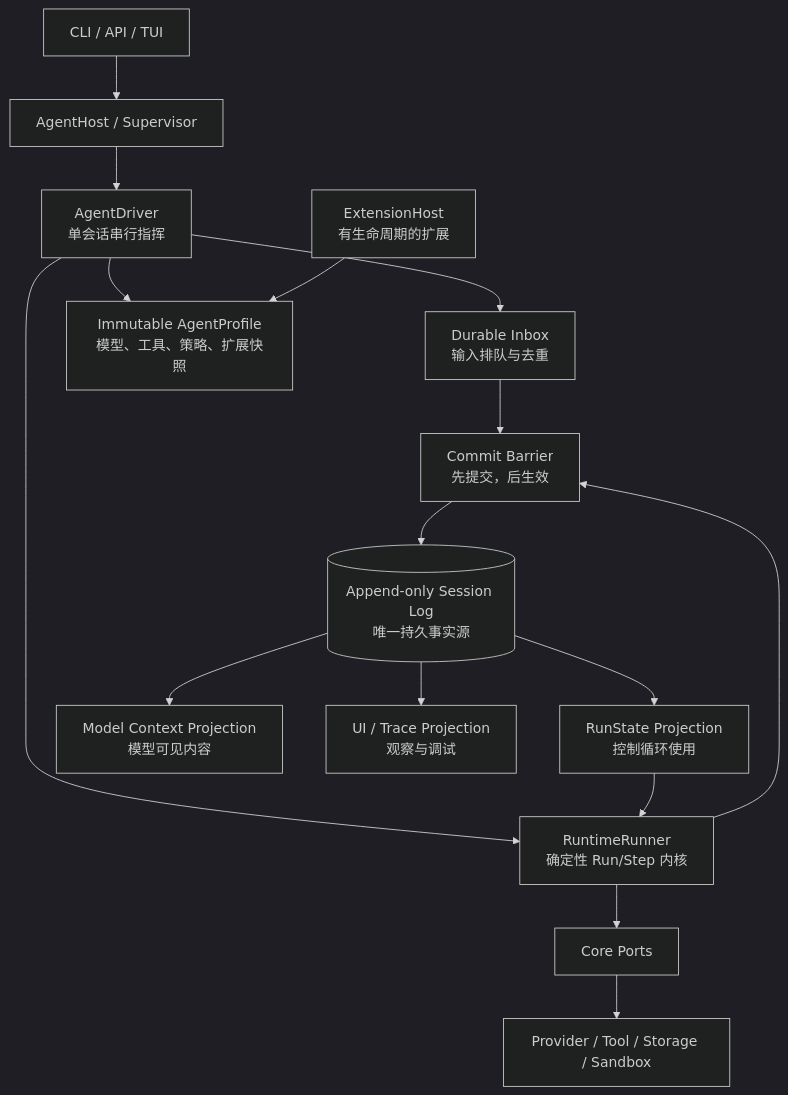
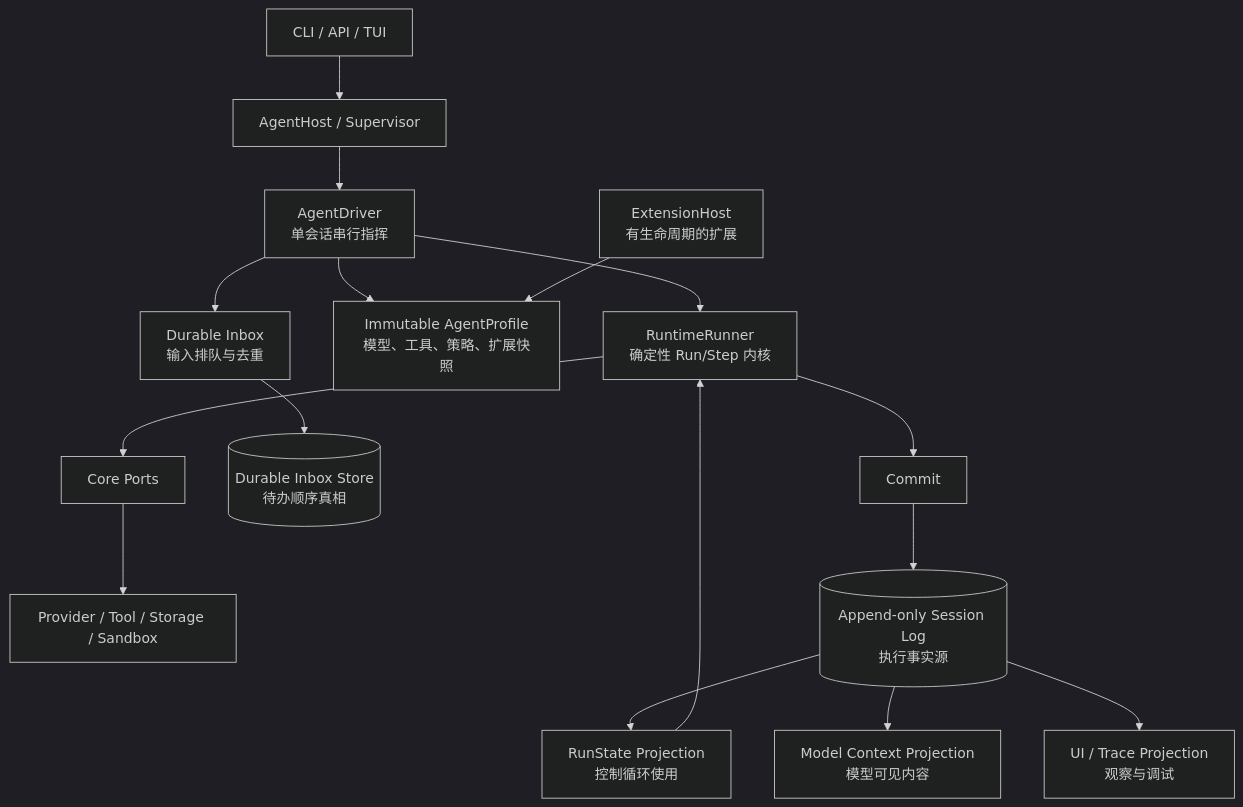
Before and after one commit to hk865/coding-agent: the diagram in docs/architecture/evolution-overview.md, drawn with Mermaid (dark theme). The commit also changed other lines of this file and 19 other files, not shown here.

Commit message:
feat: add durable inbox and agent driver

````diff
--- a/docs/architecture/evolution-overview.md
+++ b/docs/architecture/evolution-overview.md
@@ -29,21 +29,21 @@
 ```mermaid
 flowchart TB
   UI["CLI / API / TUI"] --> Host["AgentHost / Supervisor"]
   Host --> Driver["AgentDriver<br/>单会话串行指挥"]
   Driver --> Inbox["Durable Inbox<br/>输入排队与去重"]
   Driver --> Profile["Immutable AgentProfile<br/>模型、工具、策略、扩展快照"]
   Driver --> Kernel["RuntimeRunner<br/>确定性 Run/Step 内核"]
 
   Kernel --> Ports["Core Ports"]
   Ports --> Adapters["Provider / Tool / Storage / Sandbox"]
   Extensions["ExtensionHost<br/>有生命周期的扩展"] --> Profile
 
-  Inbox --> Commit["Commit Barrier<br/>先提交，后生效"]
+  Inbox --> InboxDb[("Durable Inbox Store<br/>待办顺序真相")]
   Kernel --> Commit
-  Commit --> Log[("Append-only Session Log<br/>唯一持久事实源")]
+  Commit --> Log[("Append-only Session Log<br/>执行事实源")]
 
   Log --> State["RunState Projection<br/>控制循环使用"]
   Log --> Context["Model Context Projection<br/>模型可见内容"]
   Log --> View["UI / Trace Projection<br/>观察与调试"]
   State --> Kernel
 ```
````
